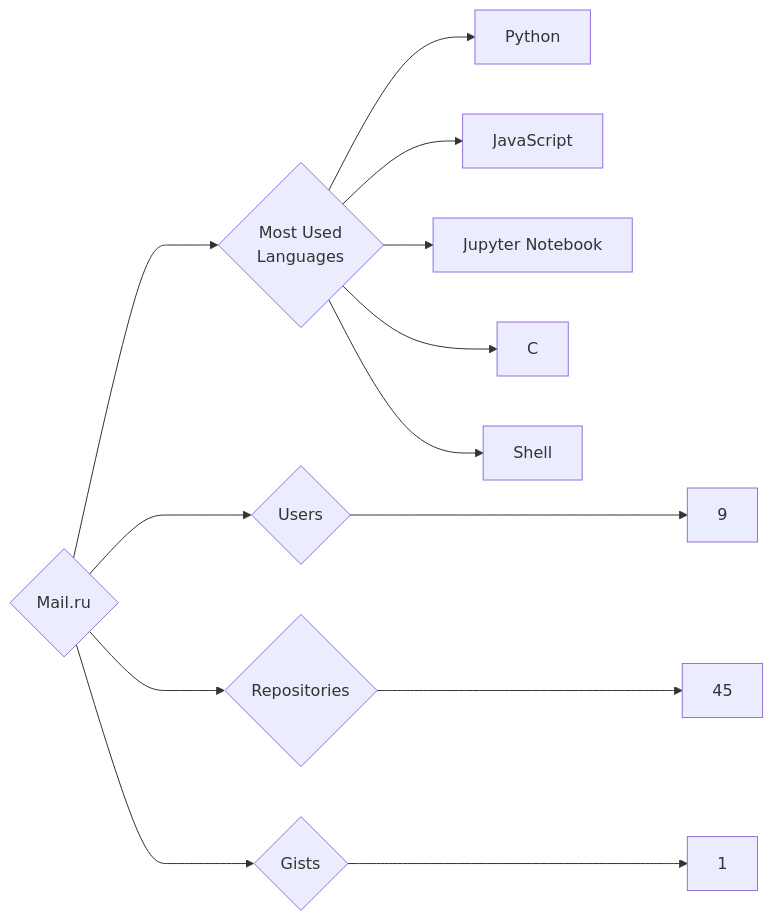
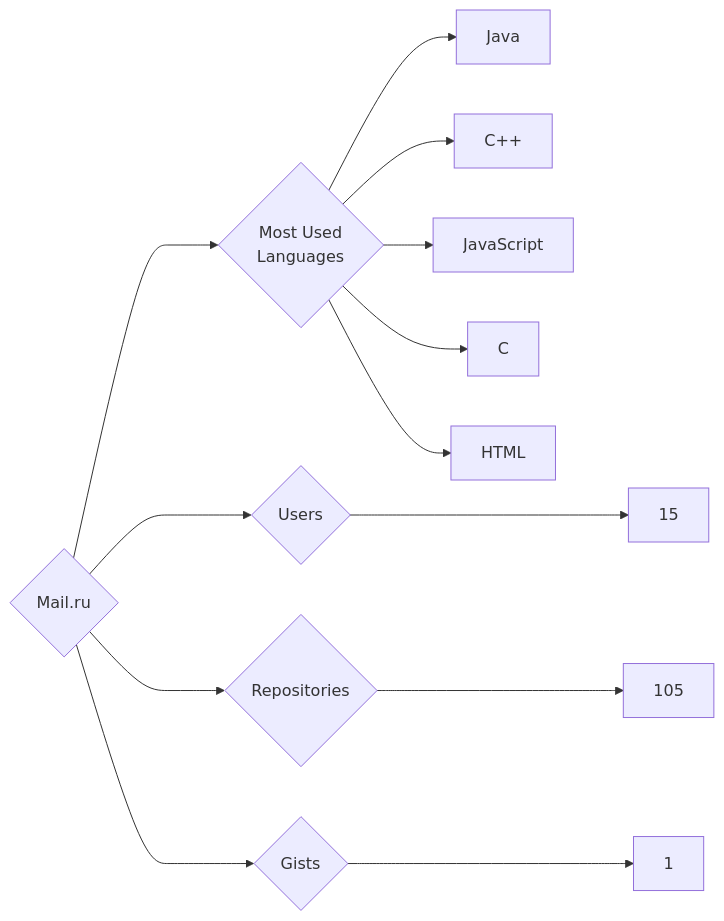
One commit to trickest/insiders changed the diagram in targets/Mail.ru/README.md. Above: the diagram before and after it, drawn with Mermaid. The commit also changed 723 other files, not shown here.

````diff
--- a/targets/Mail.ru/README.md
+++ b/targets/Mail.ru/README.md
@@ -3,13 +3,13 @@
 ```mermaid
 graph LR
 COMPANY_NAME{Mail.ru}
-COMPANY_NAME ---> U{Users} ---> UN[9]
-COMPANY_NAME ---> R{Repositories} ---> RN[45]
+COMPANY_NAME ---> U{Users} ---> UN[15]
+COMPANY_NAME ---> R{Repositories} ---> RN[105]
 COMPANY_NAME ---> G{Gists} ---> GN[1]
 COMPANY_NAME ---> ML{Most Used<br>Languages}
-ML --> Python[Python]
+ML --> Java[Java]
+ML --> C++[C++]
 ML --> JavaScript[JavaScript]
-ML --> Jupyter_Notebook[Jupyter Notebook]
 ML --> C[C]
-ML --> Shell[Shell]
+ML --> HTML[HTML]
 ```
````
